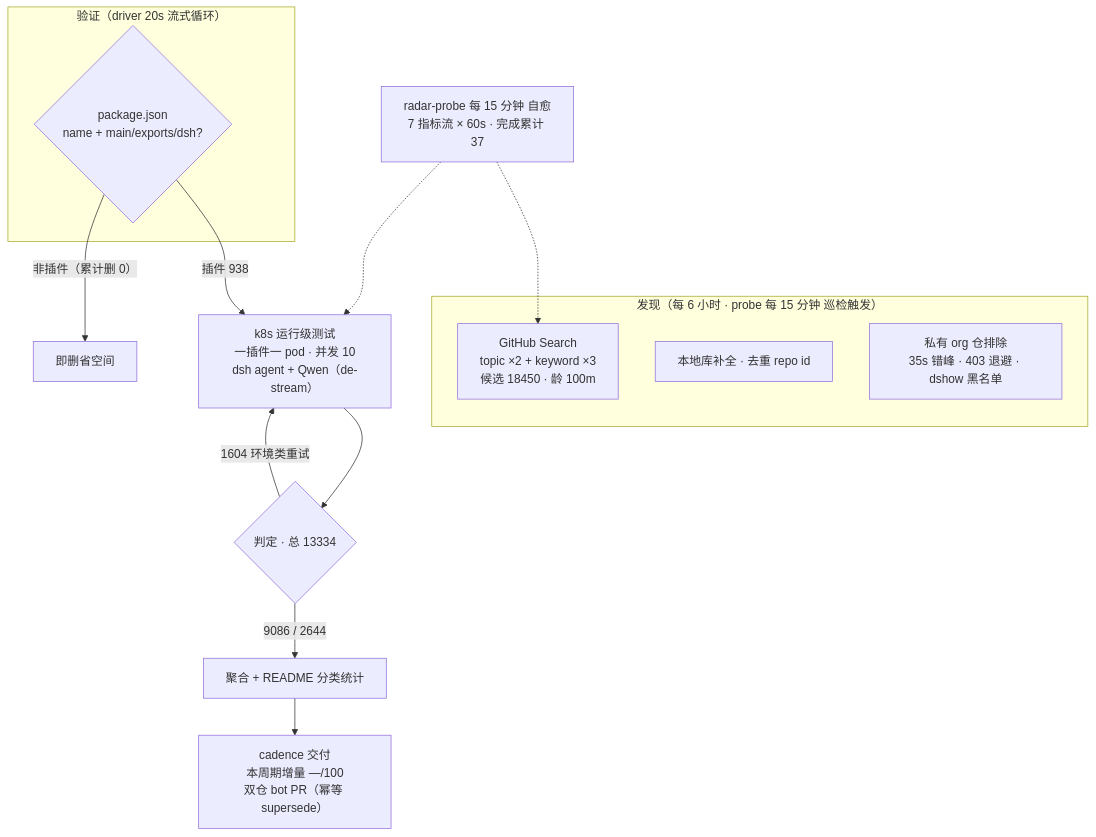
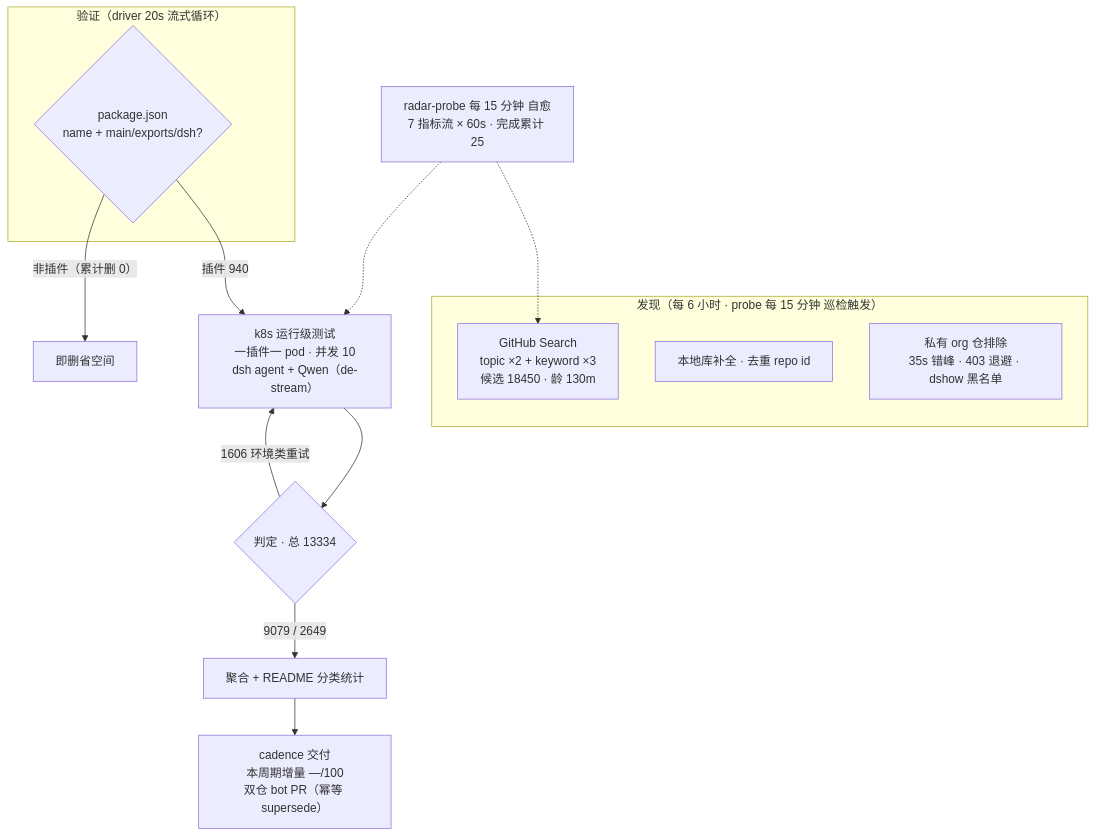
The diagram in README.md (AdamPlatin123/awesome-dsh-plugins), drawn with Mermaid before and after one commit. The commit also changed other lines of this file and 12 other files, not shown here.

````diff
--- a/README.md
+++ b/README.md
@@ -52,20 +52,20 @@
 ```mermaid
 flowchart TB
     subgraph Discovery["发现（每 6 小时 · probe 每 15 分钟 巡检触发）"]
-        A1["GitHub Search<br/>topic ×2 + keyword ×3<br/>候选 18450 · 龄 100m"]
+        A1["GitHub Search<br/>topic ×2 + keyword ×3<br/>候选 18450 · 龄 130m"]
         A2["本地库补全 · 去重 repo id"]
         A3["私有 org 仓排除<br/>35s 错峰 · 403 退避 · dshow 黑名单"]
     end
     subgraph Validation["验证（driver 20s 流式循环）"]
         B1{"package.json<br/>name + main/exports/dsh?"}
     end
-    B1 -->|"插件 938"| C1["k8s 运行级测试<br/>一插件一 pod · 并发 10<br/>dsh agent + Qwen（de-stream）"]
+    B1 -->|"插件 940"| C1["k8s 运行级测试<br/>一插件一 pod · 并发 10<br/>dsh agent + Qwen（de-stream）"]
     B1 -->|"非插件（累计删 0）"| B3["即删省空间"]
     C1 --> D1{"判定 · 总 13334"}
-    D1 -->|"9086 / 2644"| E1["聚合 + README 分类统计"]
-    D1 -->|"1604 环境类重试"| C1
+    D1 -->|"9079 / 2649"| E1["聚合 + README 分类统计"]
+    D1 -->|"1606 环境类重试"| C1
     E1 --> E2["cadence 交付<br/>本周期增量 —/100<br/>双仓 bot PR（幂等 supersede）"]
-    M["radar-probe 每 15 分钟 自愈<br/>7 指标流 × 60s · 完成累计 37"]
+    M["radar-probe 每 15 分钟 自愈<br/>7 指标流 × 60s · 完成累计 25"]
     M -.-> A1
     M -.-> C1
 ```
````
